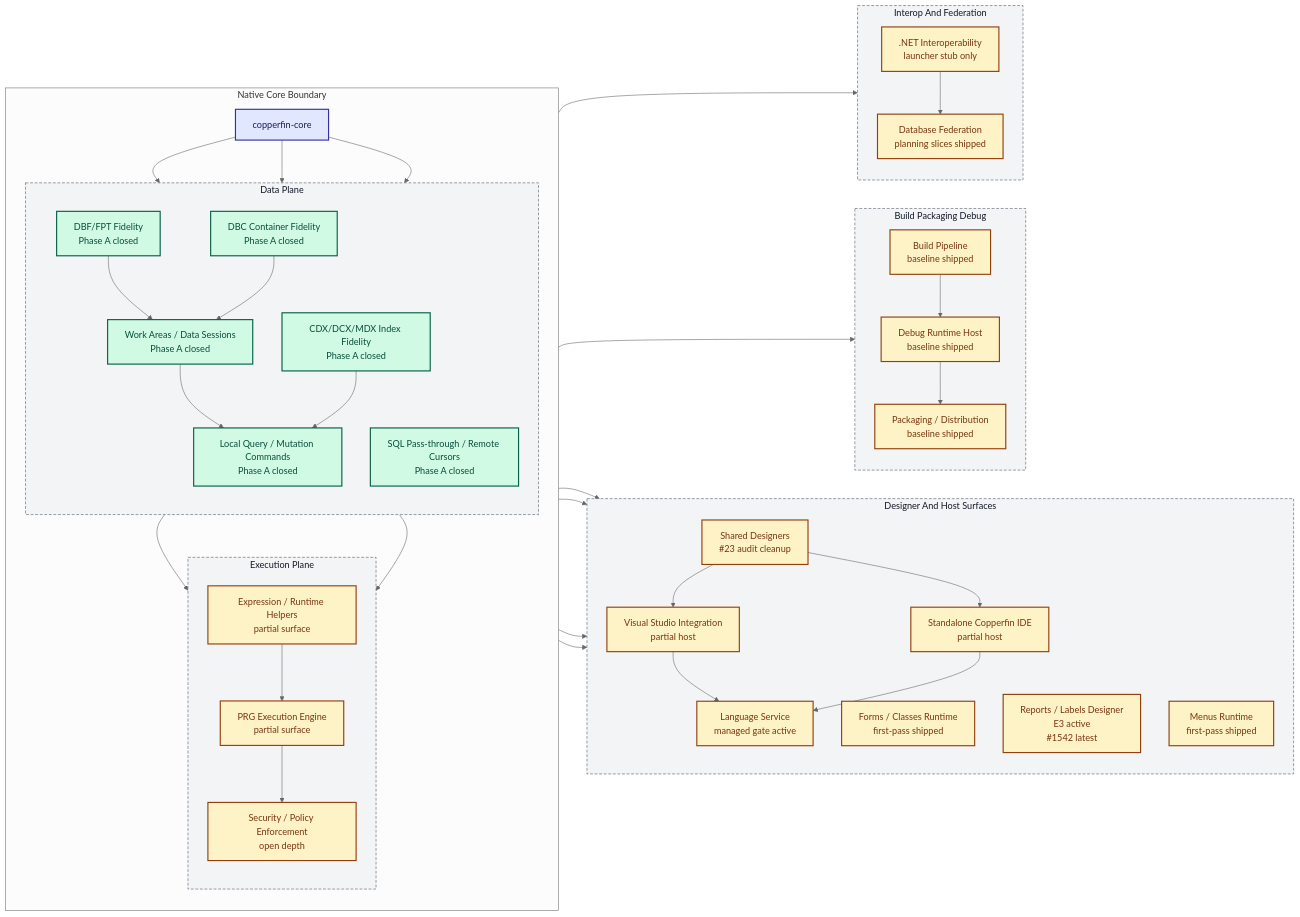
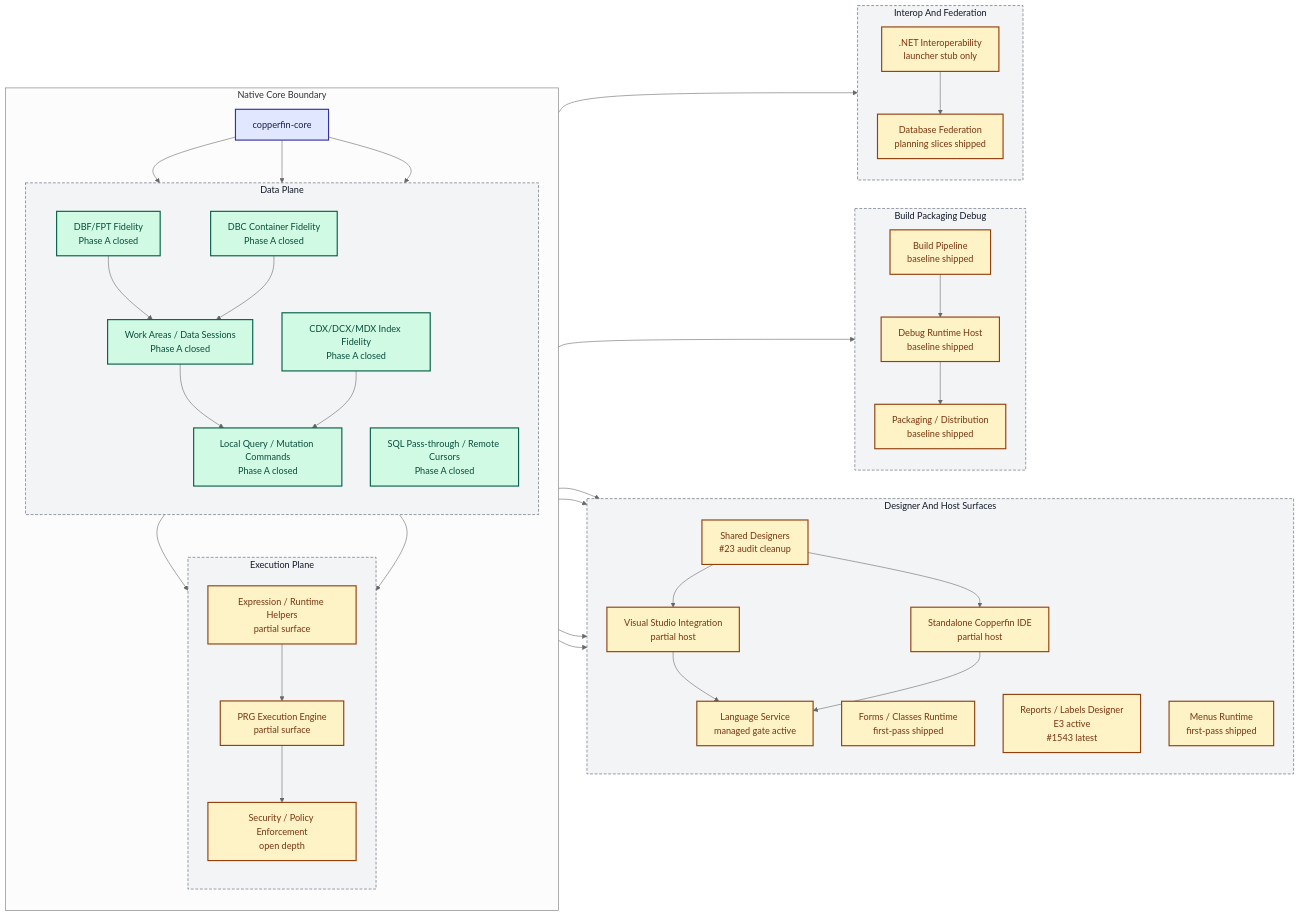
One commit to rhamenator/Project-Copperfin changed the diagram in docs/02-architecture.md. Above: the diagram before and after it, drawn with Mermaid (neutral theme). The commit also changed 6 other files, not shown here.

```diff
--- a/docs/02-architecture.md
+++ b/docs/02-architecture.md
@@ -36,7 +36,7 @@
         direction TB
         DES["Shared Designers<br/>#23 audit cleanup"]
         FORMS["Forms / Classes Runtime<br/>first-pass shipped"]
-        RPT["Reports / Labels Designer<br/>E3 active<br/>#1542 latest"]
+        RPT["Reports / Labels Designer<br/>E3 active<br/>#1543 latest"]
         MENU["Menus Runtime<br/>first-pass shipped"]
         VS["Visual Studio Integration<br/>partial host"]
         IDE["Standalone Copperfin IDE<br/>partial host"]
```
